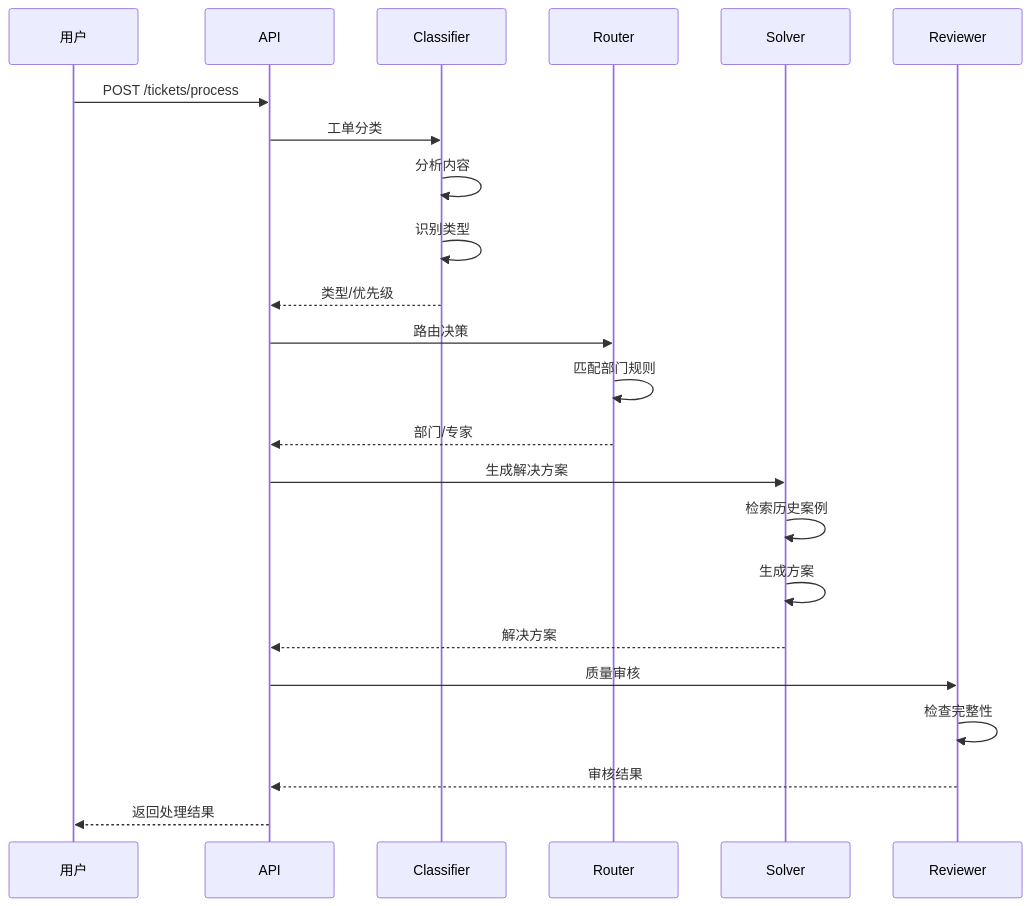
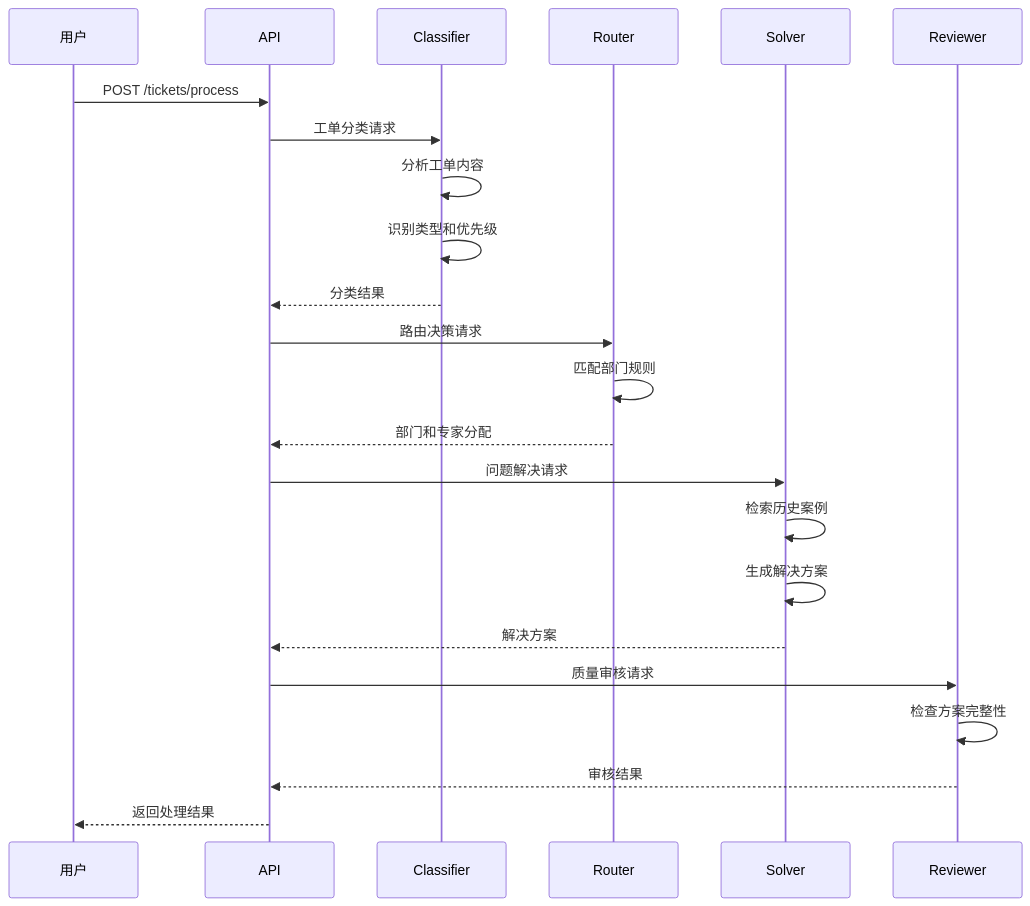
The second of 2 diagrams in OpsPilot/docs/architecture/module-customer-service.md (Aiting-for-you/OpsPilot), drawn with Mermaid before and after one commit. The commit also changed other lines of this file and 6 other files, not shown here.

Commit message:
style: 重构架构图设计，采用C4模型原则

````diff
--- a/OpsPilot/docs/architecture/module-customer-service.md
+++ b/OpsPilot/docs/architecture/module-customer-service.md
@@ -40,31 +44,31 @@
 ```mermaid
 sequenceDiagram
-    participant User as 用户
+    participant U as 用户
     participant API as API
     participant C as Classifier
     participant R as Router
     participant S as Solver
     participant V as Reviewer
 
-    User->>API: POST /tickets/process
-    API->>C: 工单分类
-    
-    C->>C: 分析内容
-    C->>C: 识别类型
-    C-->>API: 类型/优先级
-    
-    API->>R: 路由决策
+    U->>API: POST /tickets/process
+    API->>C: 工单分类请求
+
+    C->>C: 分析工单内容
+    C->>C: 识别类型和优先级
+    C-->>API: 分类结果
+
+    API->>R: 路由决策请求
     R->>R: 匹配部门规则
-    R-->>API: 部门/专家
-    
-    API->>S: 生成解决方案
+    R-->>API: 部门和专家分配
+
+    API->>S: 问题解决请求
     S->>S: 检索历史案例
-    S->>S: 生成方案
+    S->>S: 生成解决方案
     S-->>API: 解决方案
-    
-    API->>V: 质量审核
-    V->>V: 检查完整性
+
+    API->>V: 质量审核请求
+    V->>V: 检查方案完整性
     V-->>API: 审核结果
-    
-    API-->>User: 返回处理结果
+
+    API-->>U: 返回处理结果
 ```
````
